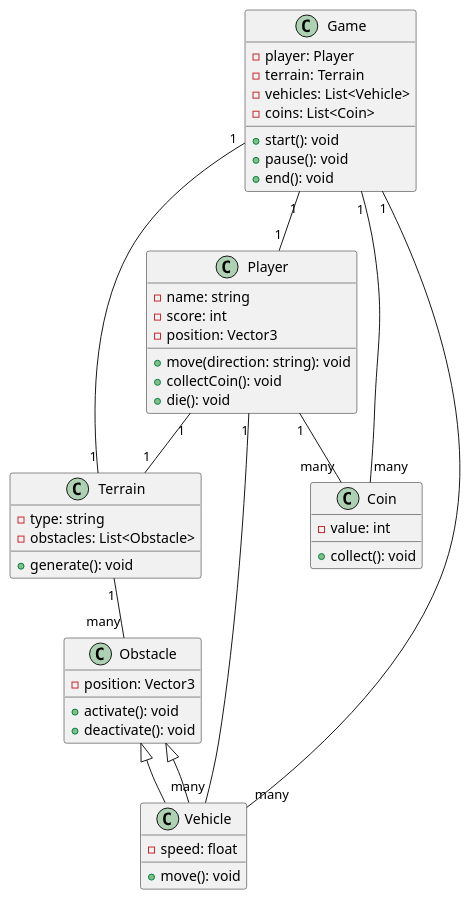
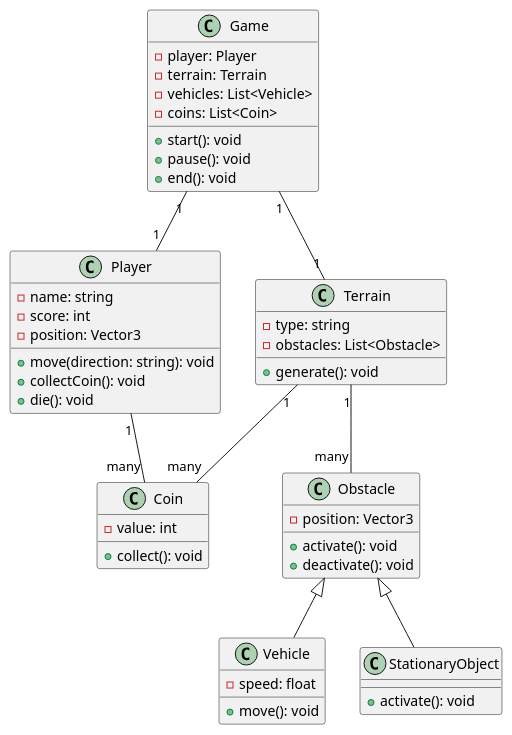
The diagram in Diagram/ClassDiagram/class.puml (LosVerinos/Crossy-Road), drawn with PlantUML before and after one commit.

Commit message:
modification du diagramme de classe

```diff
--- a/Diagram/ClassDiagram/class.puml
+++ b/Diagram/ClassDiagram/class.puml
@@ -1,52 +1,52 @@
 @startuml
 class Player {
     -name: string
     -score: int
     -position: Vector3
     +move(direction: string): void
     +collectCoin(): void
     +die(): void
 }
 
 class Terrain {
     -type: string
     -obstacles: List<Obstacle>
     +generate(): void
 }
 
 class Obstacle {
     -position: Vector3
     +activate(): void
     +deactivate(): void
 }
 
 class Vehicle extends Obstacle {
     -speed: float
     +move(): void
 }
 
+class StationaryObject extends Obstacle {
+    +activate(): void
+}
+
 class Coin {
     -value: int
     +collect(): void
 }
 
 class Game {
     -player: Player
     -terrain: Terrain
     -vehicles: List<Vehicle>
     -coins: List<Coin>
     +start(): void
     +pause(): void
     +end(): void
 }
 
-Player "1" -- "1" Terrain
 Player "1" -- "many" Coin
-Player "1" -- "many" Vehicle
 Terrain "1" -- "many" Obstacle
-Obstacle <|-- Vehicle
 Game "1" -- "1" Player
 Game "1" -- "1" Terrain
-Game "1" -- "many" Vehicle
-Game "1" -- "many" Coin
+Terrain "1" -- "many" Coin
 @enduml
```
